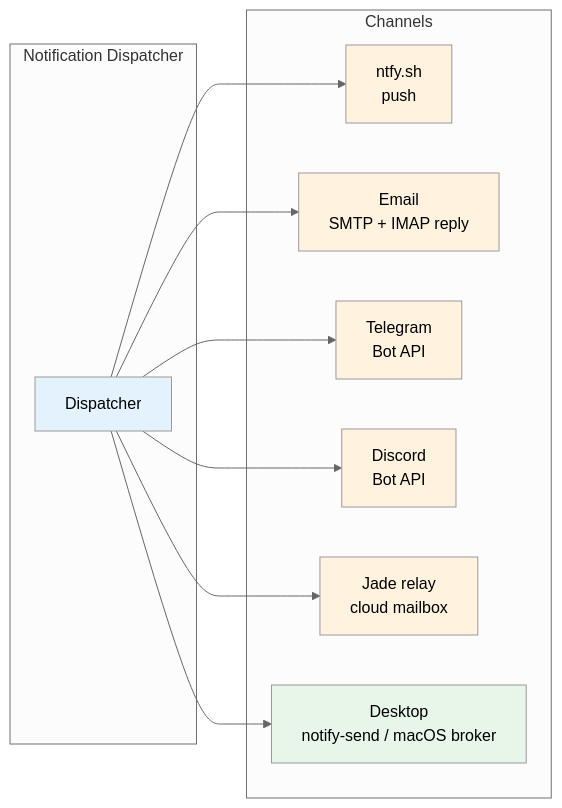
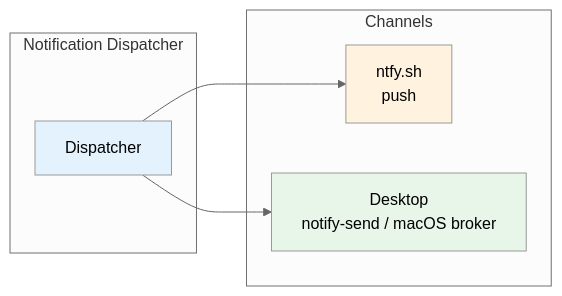
The third of 3 diagrams in docs/safety/SAFETY.md (horon-ai/agent), drawn with Mermaid (neutral theme) before and after one commit. The commit also changed other lines of this file and 36 other files, not shown here.

Commit message:
refactor(notifications): remove messenger channels, email, and jade relay

````diff
--- a/docs/safety/SAFETY.md
+++ b/docs/safety/SAFETY.md
@@ -267,30 +247,18 @@
 ```mermaid
 graph LR
     subgraph "Notification Dispatcher"
         ND[Dispatcher]
     end
 
     subgraph "Channels"
         NT[ntfy.sh<br/>push]
-        EM[Email<br/>SMTP + IMAP reply]
-        TG[Telegram<br/>Bot API]
-        DC[Discord<br/>Bot API]
-        JR[Jade relay<br/>cloud mailbox]
         DN[Desktop<br/>notify-send / macOS broker]
     end
 
     ND --> NT
-    ND --> EM
-    ND --> TG
-    ND --> DC
-    ND --> JR
     ND --> DN
 
     style ND fill:#e3f2fd
     style NT fill:#fff3e0
-    style EM fill:#fff3e0
-    style TG fill:#fff3e0
-    style DC fill:#fff3e0
-    style JR fill:#fff3e0
     style DN fill:#e8f5e9
 ```
````
